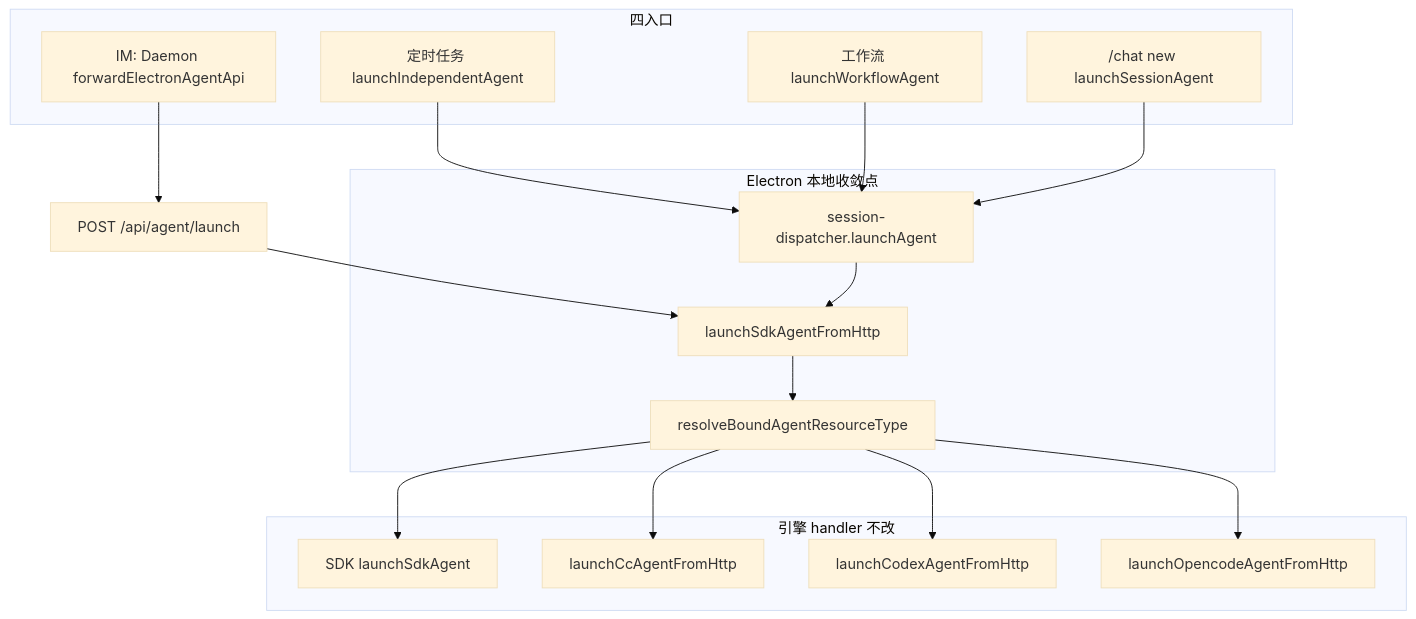
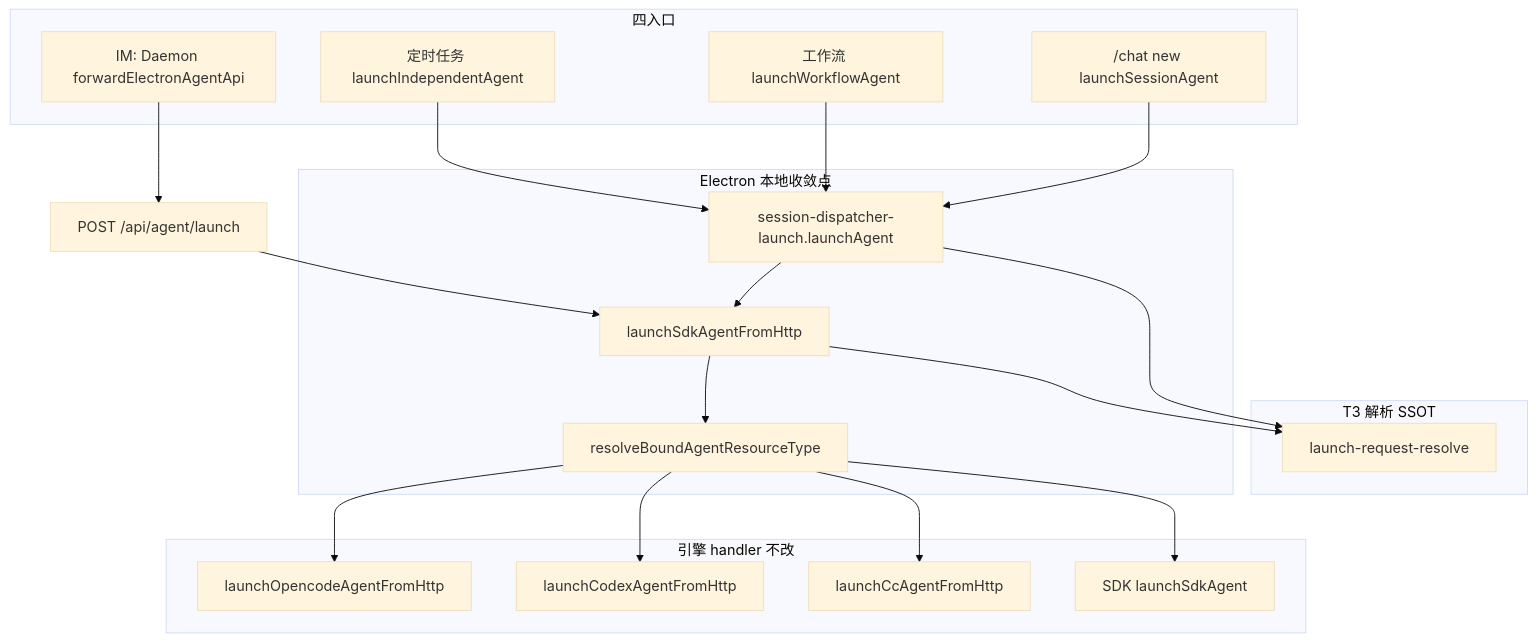
One commit to suveng/cursor-claw changed the diagram in knowledge/变更/归档/20260711205819-Agent启动路径收敛/04-review.md. Above: the diagram before and after it, drawn with Mermaid (base theme). The commit also changed other lines of this file and 17 other files, not shown here.

First line of the commit message:
fix(agent): 清债归档 Agent启动路径收敛 — 拆分 dispatcher + launch-request SSOT

````diff
--- a/knowledge/变更/归档/20260711205819-Agent启动路径收敛/04-review.md
+++ b/knowledge/变更/归档/20260711205819-Agent启动路径收敛/04-review.md
@@ -86,31 +98,36 @@
 ```mermaid
 flowchart TD
   subgraph entries [四入口]
     IM["IM: Daemon forwardElectronAgentApi"]
     TASK["定时任务 launchIndependentAgent"]
     WF["工作流 launchWorkflowAgent"]
     CHAT["/chat new launchSessionAgent"]
   end
+  subgraph parse [T3 解析 SSOT]
+    LR["launch-request-resolve"]
+  end
   subgraph local [Electron 本地收敛点]
-    LA["session-dispatcher.launchAgent"]
+    LA["session-dispatcher-launch.launchAgent"]
     GW["launchSdkAgentFromHttp"]
     RES["resolveBoundAgentResourceType"]
   end
   subgraph engines [引擎 handler 不改]
     SDK["SDK launchSdkAgent"]
     CC["launchCcAgentFromHttp"]
     CX["launchCodexAgentFromHttp"]
     OC["launchOpencodeAgentFromHttp"]
   end
   IM --> API["POST /api/agent/launch"]
   API --> GW
   TASK --> LA
   WF --> LA
   CHAT --> LA
+  LA --> LR
+  GW --> LR
   LA --> GW
   GW --> RES
   RES --> SDK
   RES --> CC
   RES --> CX
   RES --> OC
 ```
````
